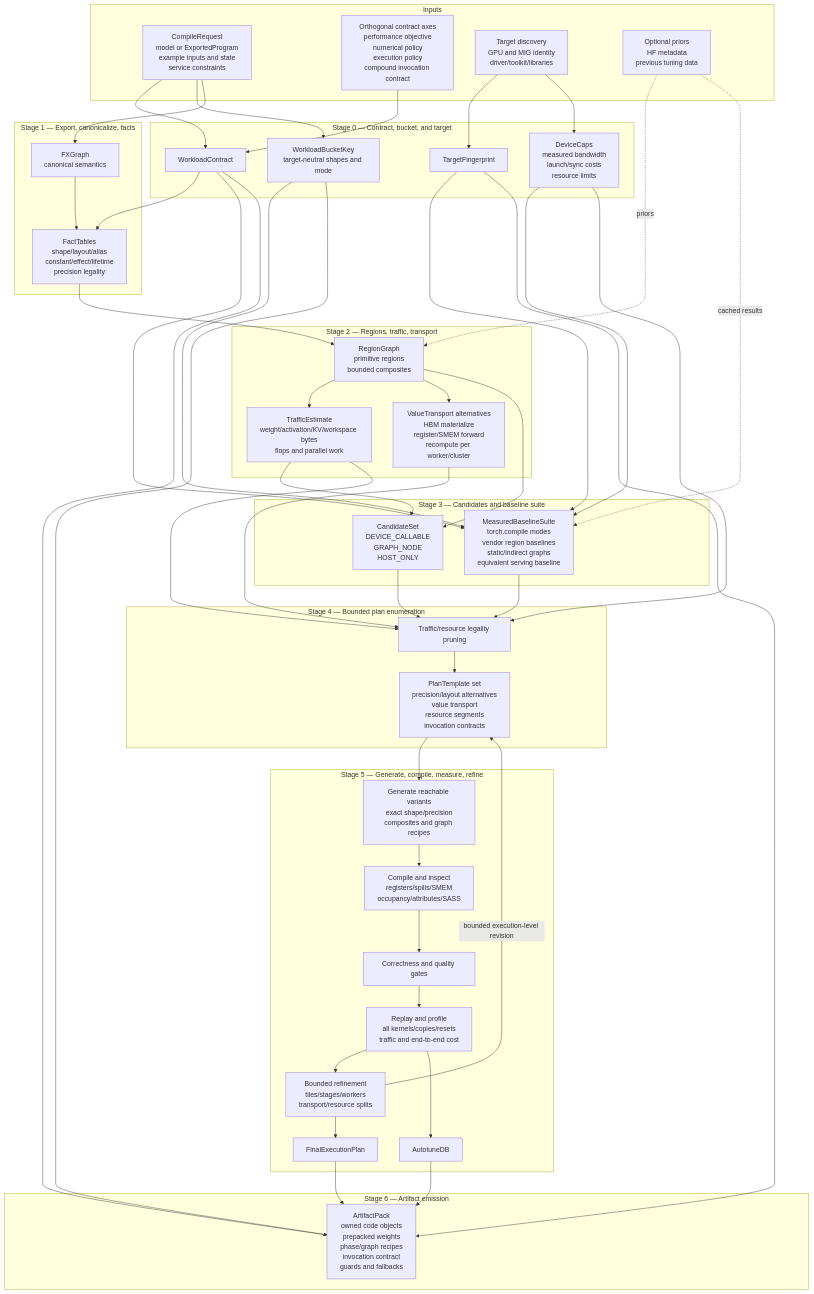
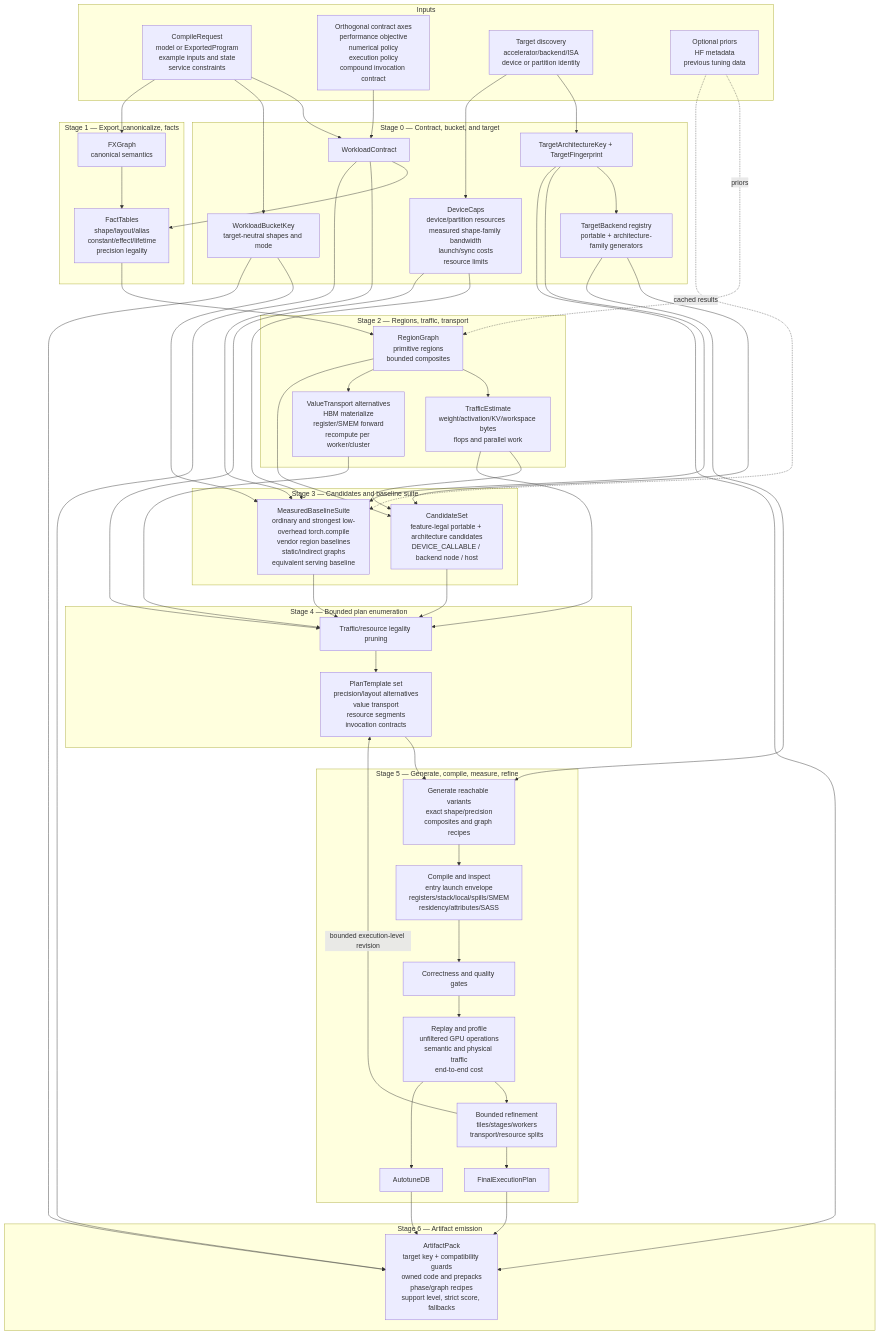
One commit to megabake/megabake changed the first of 16 diagrams in MEGABAKE_V2_DATAFLOW_DIAGRAM.md. Above: the diagram before and after it, drawn with Mermaid. The commit also changed other lines of this file and 6 other files, not shown here.

Commit message:
updating the final architecture

```diff
--- a/MEGABAKE_V2_DATAFLOW_DIAGRAM.md
+++ b/MEGABAKE_V2_DATAFLOW_DIAGRAM.md
@@ -12,15 +14,16 @@
   subgraph Input["Inputs"]
     A["CompileRequest<br/>model or ExportedProgram<br/>example inputs and state<br/>service constraints"]
     B["Orthogonal contract axes<br/>performance objective<br/>numerical policy<br/>execution policy<br/>compound invocation contract"]
-    C["Target discovery<br/>GPU and MIG identity<br/>driver/toolkit/libraries"]
+    C["Target discovery<br/>accelerator/backend/ISA<br/>device or partition identity"]
     D["Optional priors<br/>HF metadata<br/>previous tuning data"]
   end
 
   subgraph S0["Stage 0 — Contract, bucket, and target"]
     E["WorkloadContract"]
     F["WorkloadBucketKey<br/>target-neutral shapes and mode"]
-    G["TargetFingerprint"]
-    H["DeviceCaps<br/>measured bandwidth<br/>launch/sync costs<br/>resource limits"]
+    G["TargetArchitectureKey + TargetFingerprint"]
+    H["DeviceCaps<br/>device/partition resources<br/>measured shape-family bandwidth<br/>launch/sync costs<br/>resource limits"]
+    H0["TargetBackend registry<br/>portable + architecture-family generators"]
   end
 
   subgraph S1["Stage 1 — Export, canonicalize, facts"]
@@ -35,8 +38,8 @@
   end
 
   subgraph S3["Stage 3 — Candidates and baseline suite"]
-    N["CandidateSet<br/>DEVICE_CALLABLE<br/>GRAPH_NODE<br/>HOST_ONLY"]
-    O["MeasuredBaselineSuite<br/>torch.compile modes<br/>vendor region baselines<br/>static/indirect graphs<br/>equivalent serving baseline"]
+    N["CandidateSet<br/>feature-legal portable + architecture candidates<br/>DEVICE_CALLABLE / backend node / host"]
+    O["MeasuredBaselineSuite<br/>ordinary and strongest low-overhead torch.compile<br/>vendor region baselines<br/>static/indirect graphs<br/>equivalent serving baseline"]
   end
 
   subgraph S4["Stage 4 — Bounded plan enumeration"]
@@ -46,16 +49,16 @@
 
   subgraph S5["Stage 5 — Generate, compile, measure, refine"]
     R["Generate reachable variants<br/>exact shape/precision<br/>composites and graph recipes"]
-    S["Compile and inspect<br/>registers/spills/SMEM<br/>occupancy/attributes/SASS"]
+    S["Compile and inspect<br/>entry launch envelope<br/>registers/stack/local/spills/SMEM<br/>residency/attributes/SASS"]
     T["Correctness and quality gates"]
-    U["Replay and profile<br/>all kernels/copies/resets<br/>traffic and end-to-end cost"]
+    U["Replay and profile<br/>unfiltered GPU operations<br/>semantic and physical traffic<br/>end-to-end cost"]
     V["Bounded refinement<br/>tiles/stages/workers<br/>transport/resource splits"]
     W["FinalExecutionPlan"]
     X["AutotuneDB"]
   end
 
   subgraph S6["Stage 6 — Artifact emission"]
-    Y["ArtifactPack<br/>owned code objects<br/>prepacked weights<br/>phase/graph recipes<br/>invocation contract<br/>guards and fallbacks"]
+    Y["ArtifactPack<br/>target key + compatibility guards<br/>owned code and prepacks<br/>phase/graph recipes<br/>support level, strict score, fallbacks"]
   end
 
   A --> E
@@ -63,6 +66,7 @@
   A --> F
   C --> G
   C --> H
+  G --> H0
   A --> I
   I --> J
   E --> J
@@ -72,6 +76,7 @@
   D -.priors.-> K
   K --> N
   L --> N
+  H0 --> N
   E --> O
   F --> O
   G --> O
@@ -84,6 +89,7 @@
   H --> P
   P --> Q
   Q --> R
+  H0 --> R
   R --> S
   S --> T
   T --> U
```
